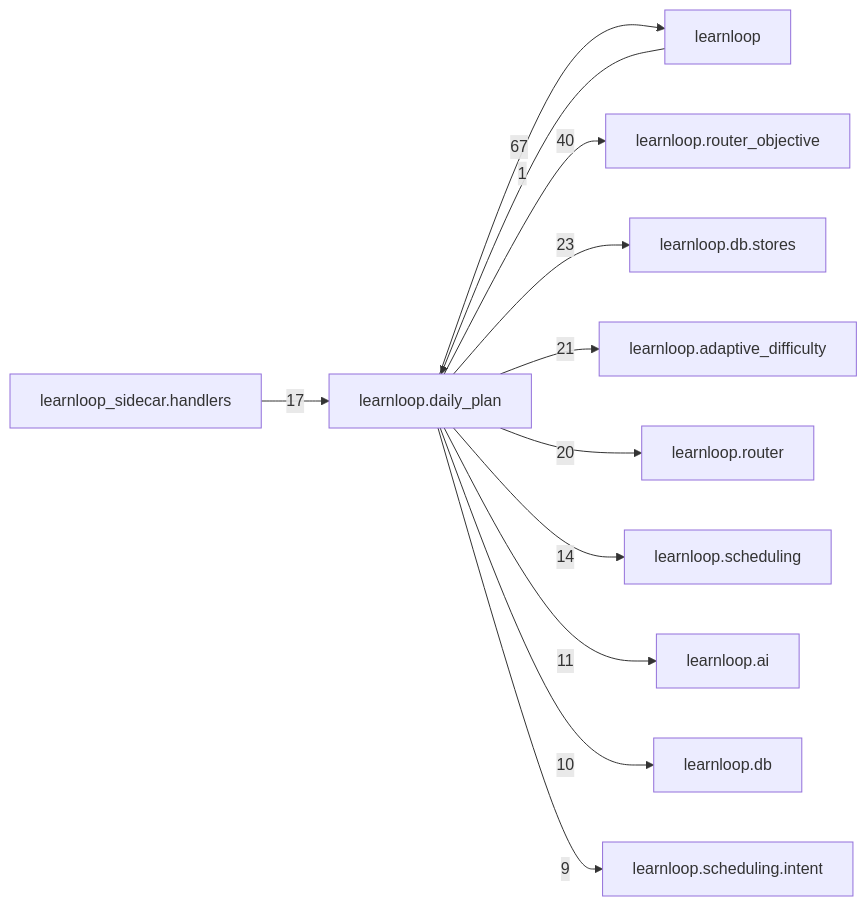
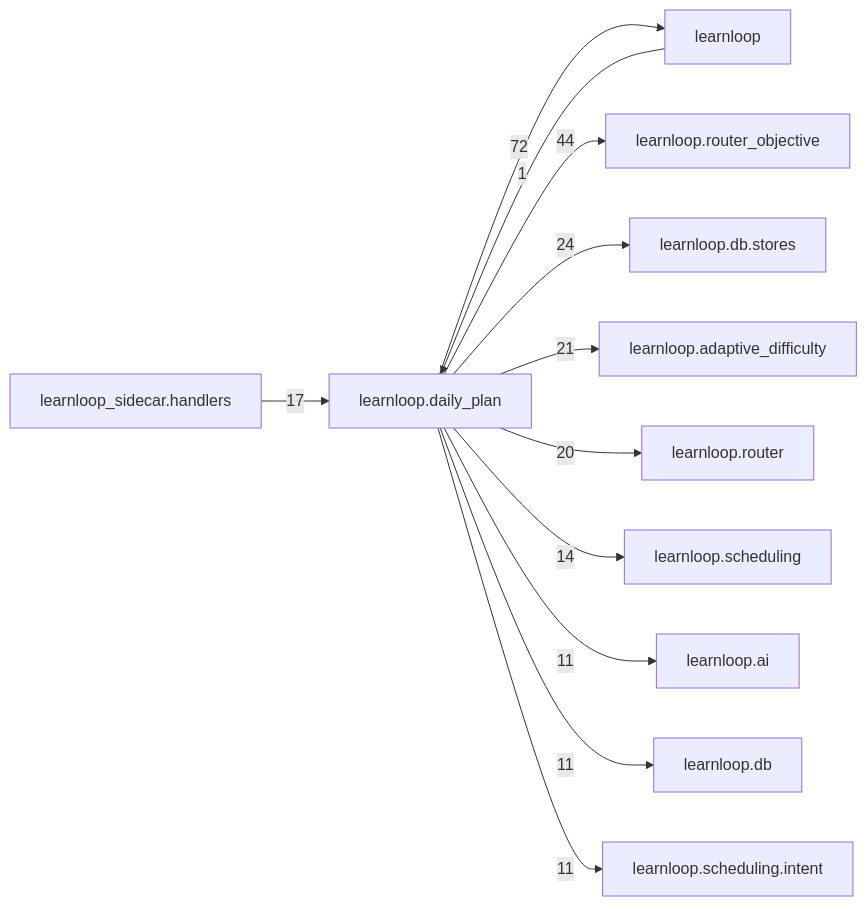
Before and after one commit to 6up-b/learnanything: the diagram in docs/learnloop-architecture-vault/Reference/Modules/learnloop/daily_plan/_package.md, drawn with Mermaid. The commit also changed other lines of this file and 69 other files, not shown here.

````diff
--- a/docs/learnloop-architecture-vault/Reference/Modules/learnloop/daily_plan/_package.md
+++ b/docs/learnloop-architecture-vault/Reference/Modules/learnloop/daily_plan/_package.md
@@ -170,25 +172,25 @@
 ```mermaid
 flowchart LR
     center["learnloop.daily_plan"]
     n_learnloop["learnloop"]
     n_learnloop_router_objective["learnloop.router_objective"]
     n_learnloop_db_stores["learnloop.db.stores"]
     n_learnloop_adaptive_difficulty["learnloop.adaptive_difficulty"]
     n_learnloop_router["learnloop.router"]
     n_learnloop_sidecar_handlers["learnloop_sidecar.handlers"]
     n_learnloop_scheduling["learnloop.scheduling"]
     n_learnloop_ai["learnloop.ai"]
     n_learnloop_db["learnloop.db"]
     n_learnloop_scheduling_intent["learnloop.scheduling.intent"]
     n_learnloop -->|1| center
-    center -->|67| n_learnloop
-    center -->|40| n_learnloop_router_objective
-    center -->|23| n_learnloop_db_stores
+    center -->|72| n_learnloop
+    center -->|44| n_learnloop_router_objective
+    center -->|24| n_learnloop_db_stores
     center -->|21| n_learnloop_adaptive_difficulty
     center -->|20| n_learnloop_router
     n_learnloop_sidecar_handlers -->|17| center
     center -->|14| n_learnloop_scheduling
     center -->|11| n_learnloop_ai
-    center -->|10| n_learnloop_db
-    center -->|9| n_learnloop_scheduling_intent
+    center -->|11| n_learnloop_db
+    center -->|11| n_learnloop_scheduling_intent
 ```
````
